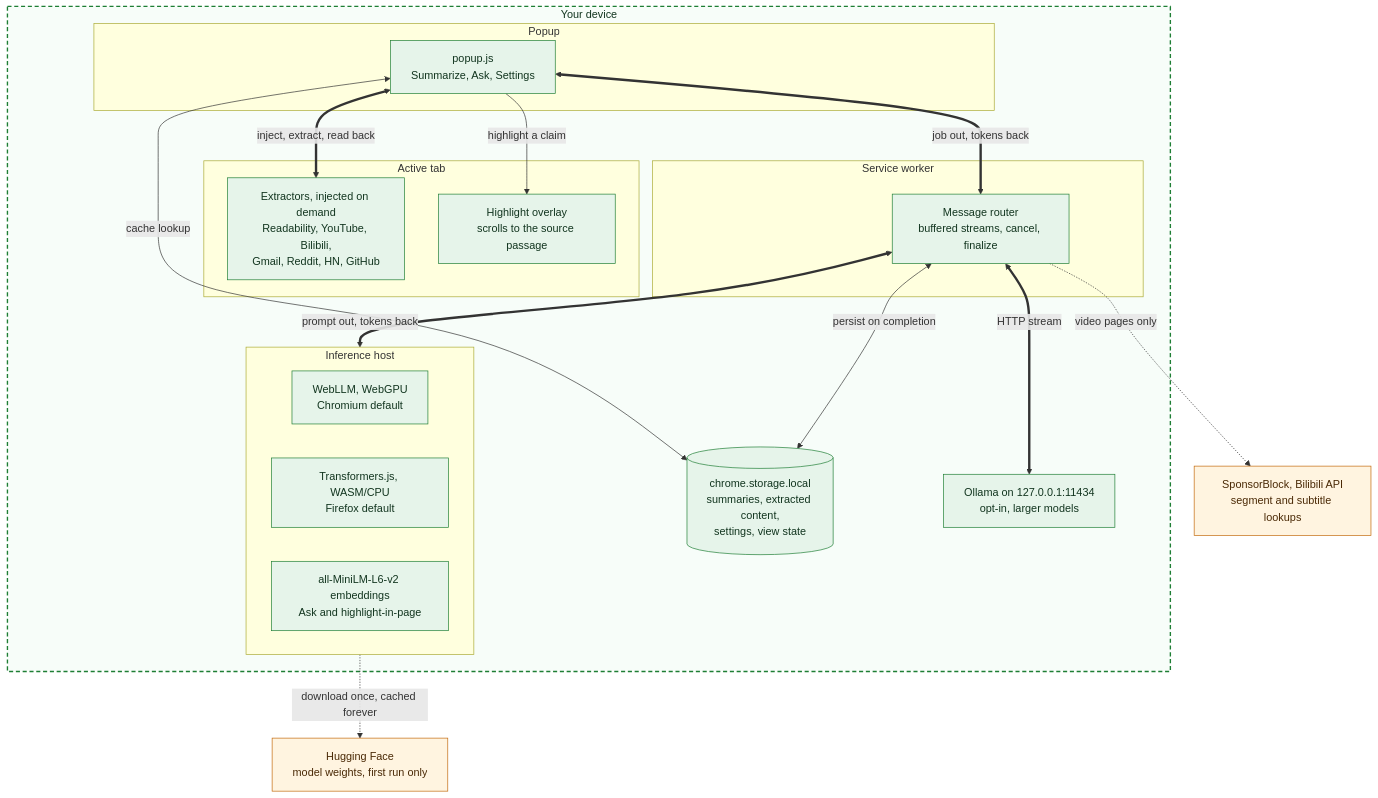
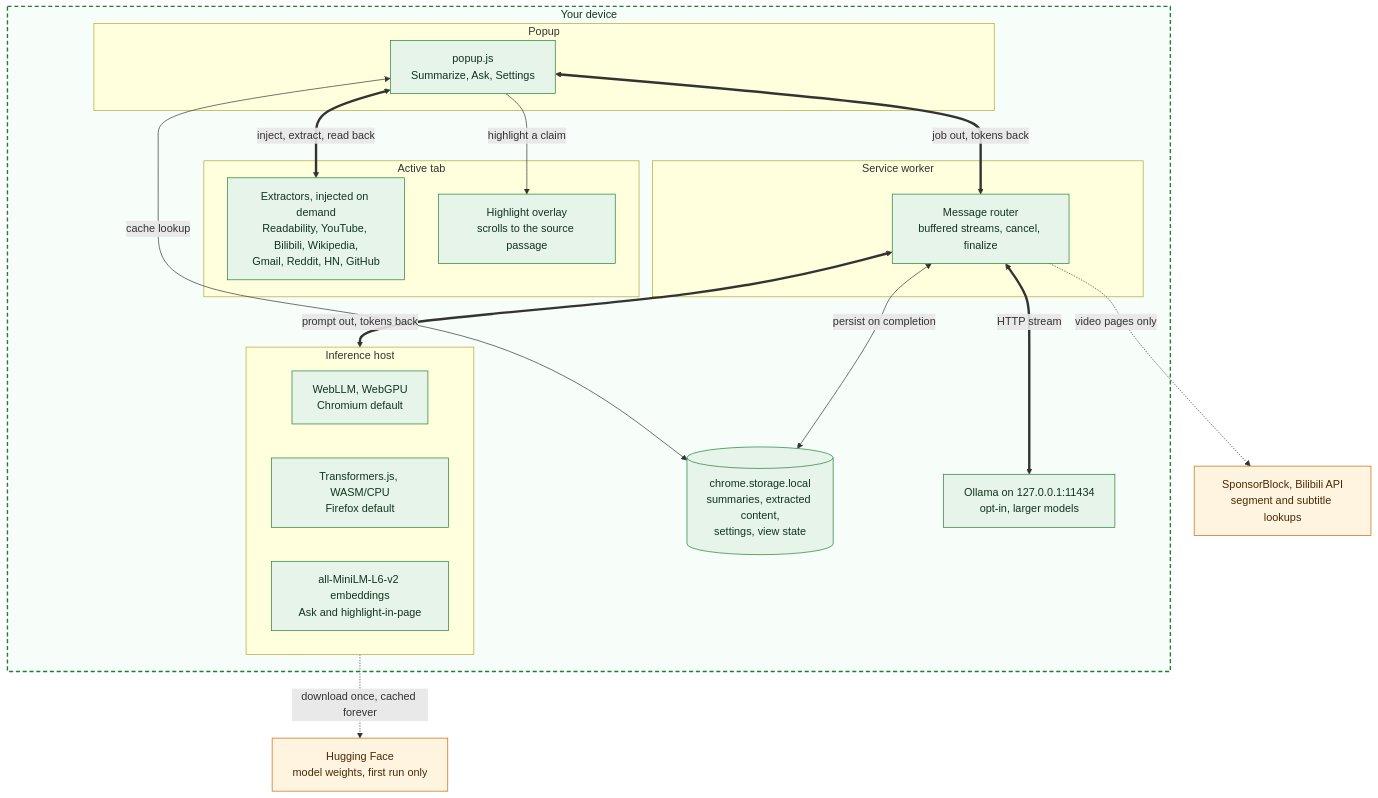
One commit to MayurK-cmd/apogee changed the first of 2 diagrams in README.md. Above: the diagram before and after it, drawn with Mermaid. The commit also changed other lines of this file and 81 other files, not shown here.

````diff
--- a/README.md
+++ b/README.md
@@ -103,46 +113,46 @@
 ```mermaid
 flowchart TD
     subgraph device["Your device"]
         subgraph page["Active tab"]
-            EX["Extractors, injected on demand<br/>Readability, YouTube, Bilibili,<br/>Gmail, Reddit, HN, GitHub"]
+            EX["Extractors, injected on demand<br/>Readability, YouTube, Bilibili, Wikipedia,<br/>Gmail, Reddit, HN, GitHub"]
             HL["Highlight overlay<br/>scrolls to the source passage"]
         end
 
         subgraph ui["Popup"]
             POPUP["popup.js<br/>Summarize, Ask, Settings"]
         end
 
         subgraph bg["Service worker"]
             ROUTER["Message router<br/>buffered streams, cancel, finalize"]
         end
 
         subgraph host["Inference host"]
             WEBLLM["WebLLM, WebGPU<br/>Chromium default"]
             TJS["Transformers.js, WASM/CPU<br/>Firefox default"]
             EMB["all-MiniLM-L6-v2 embeddings<br/>Ask and highlight-in-page"]
         end
 
         STORE[("chrome.storage.local<br/>summaries, extracted content,<br/>settings, view state")]
         OLLAMA["Ollama on 127.0.0.1:11434<br/>opt-in, larger models"]
     end
 
     HF["Hugging Face<br/>model weights, first run only"]
     APIS["SponsorBlock, Bilibili API<br/>segment and subtitle lookups"]
 
     POPUP <==>|"inject, extract, read back"| EX
     POPUP -->|"highlight a claim"| HL
     POPUP <==>|"job out, tokens back"| ROUTER
     ROUTER <==>|"prompt out, tokens back"| host
     ROUTER <==>|"HTTP stream"| OLLAMA
     POPUP <-->|"cache lookup"| STORE
     ROUTER <-->|"persist on completion"| STORE
 
     host -.->|"download once, cached forever"| HF
     ROUTER -.->|"video pages only"| APIS
 
     classDef local fill:#e6f4ea,stroke:#1e7e34,color:#12351f
     classDef remote fill:#fff4e0,stroke:#c2680a,color:#4a2905
     class EX,HL,POPUP,ROUTER,STORE,WEBLLM,TJS,EMB,OLLAMA local
     class HF,APIS remote
     style device fill:#f7fdf9,stroke:#1e7e34,stroke-width:2px,stroke-dasharray:6 4,color:#12351f
 ```
````
